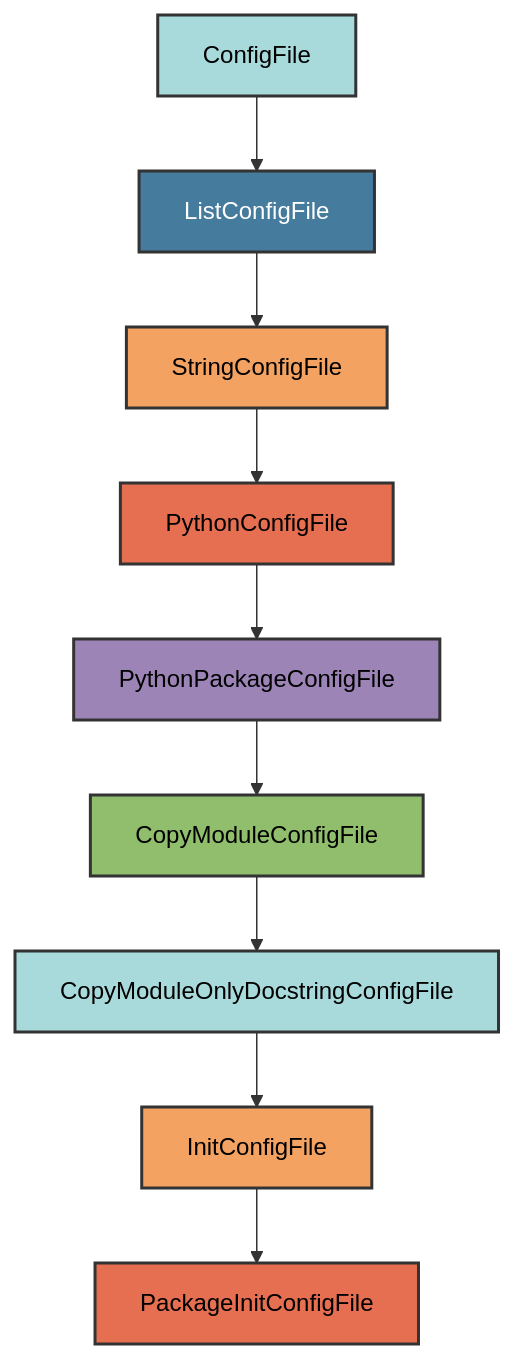
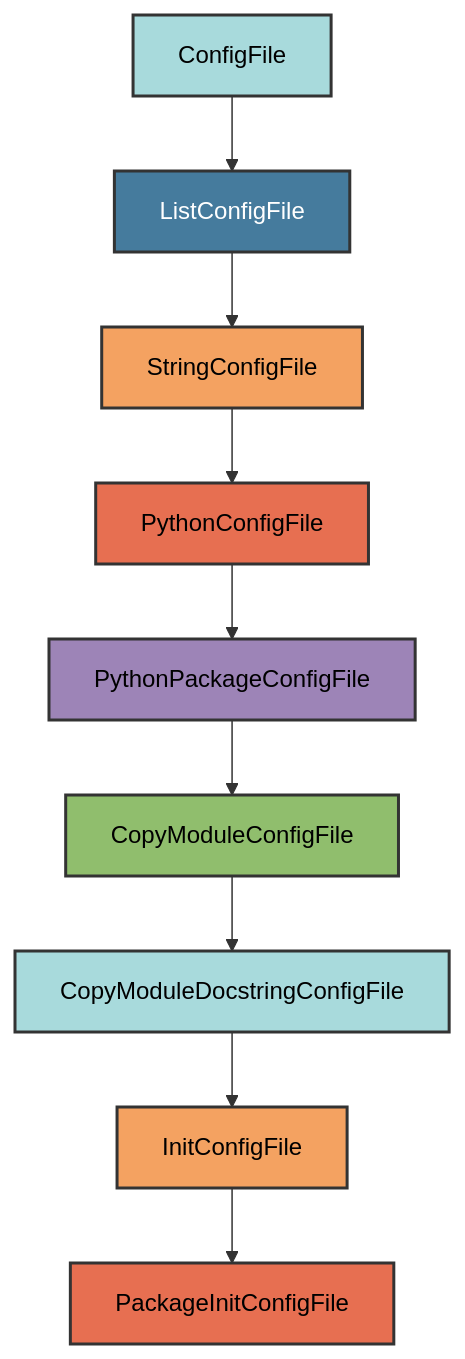
One commit to Winipedia/pyrig changed the diagram in docs/configs/src_init.md. Above: the diagram before and after it, drawn with Mermaid. The commit also changed 15 other files, not shown here.

````diff
--- a/docs/configs/src_init.md
+++ b/docs/configs/src_init.md
@@ -15,21 +15,21 @@
 ```mermaid
 graph TD
     A[ConfigFile] --> B[ListConfigFile]
     B --> C[StringConfigFile]
     C --> D[PythonConfigFile]
     D --> E[PythonPackageConfigFile]
     E --> F[CopyModuleConfigFile]
-    F --> G[CopyModuleOnlyDocstringConfigFile]
+    F --> G[CopyModuleDocstringConfigFile]
     G --> H[InitConfigFile]
     H --> I[PackageInitConfigFile]
 
     style A fill:#a8dadc,stroke:#333,stroke-width:2px,color:#000
     style B fill:#457b9d,stroke:#333,stroke-width:2px,color:#fff
     style C fill:#f4a261,stroke:#333,stroke-width:2px,color:#000
     style D fill:#e76f51,stroke:#333,stroke-width:2px,color:#000
     style E fill:#9d84b7,stroke:#333,stroke-width:2px,color:#000
     style F fill:#90be6d,stroke:#333,stroke-width:2px,color:#000
     style G fill:#a8dadc,stroke:#333,stroke-width:2px,color:#000
     style H fill:#f4a261,stroke:#333,stroke-width:2px,color:#000
     style I fill:#e76f51,stroke:#333,stroke-width:2px,color:#000
 ```
````
